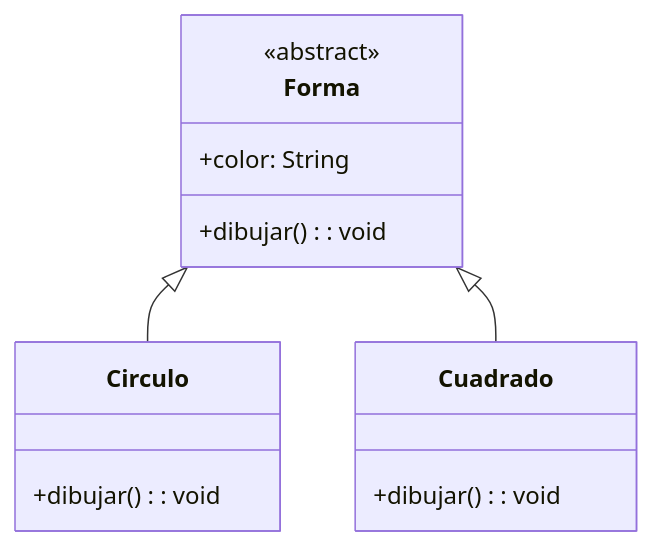
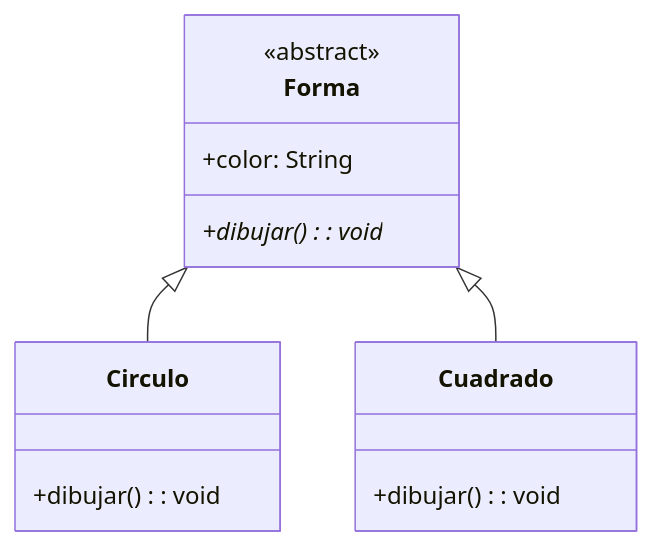
Diagram 14 of 18 in UD4 - Introducción a POO, diagramas UML y diagramas de clases/ud04_2_notacion_uml_diagramas_clases.md (danielmartinan/entornos_desarrollo_2024-25), drawn with Mermaid before and after one commit. The commit also changed other lines of this file, not shown here.

````diff
--- a/UD4 - Introducción a POO, diagramas UML y diagramas de clases/ud04_2_notacion_uml_diagramas_clases.md
+++ b/UD4 - Introducción a POO, diagramas UML y diagramas de clases/ud04_2_notacion_uml_diagramas_clases.md
@@ -435,19 +436,19 @@
 ```mermaid
 classDiagram
     class Forma {
         <<abstract>>
         +color: String
-        +dibujar(): void
+        +dibujar(): void*
     }
 
     class Circulo {
         +dibujar(): void
     }
 
     class Cuadrado {
         +dibujar(): void
     }
 
     Forma <|-- Circulo
     Forma <|-- Cuadrado
 ```
````
